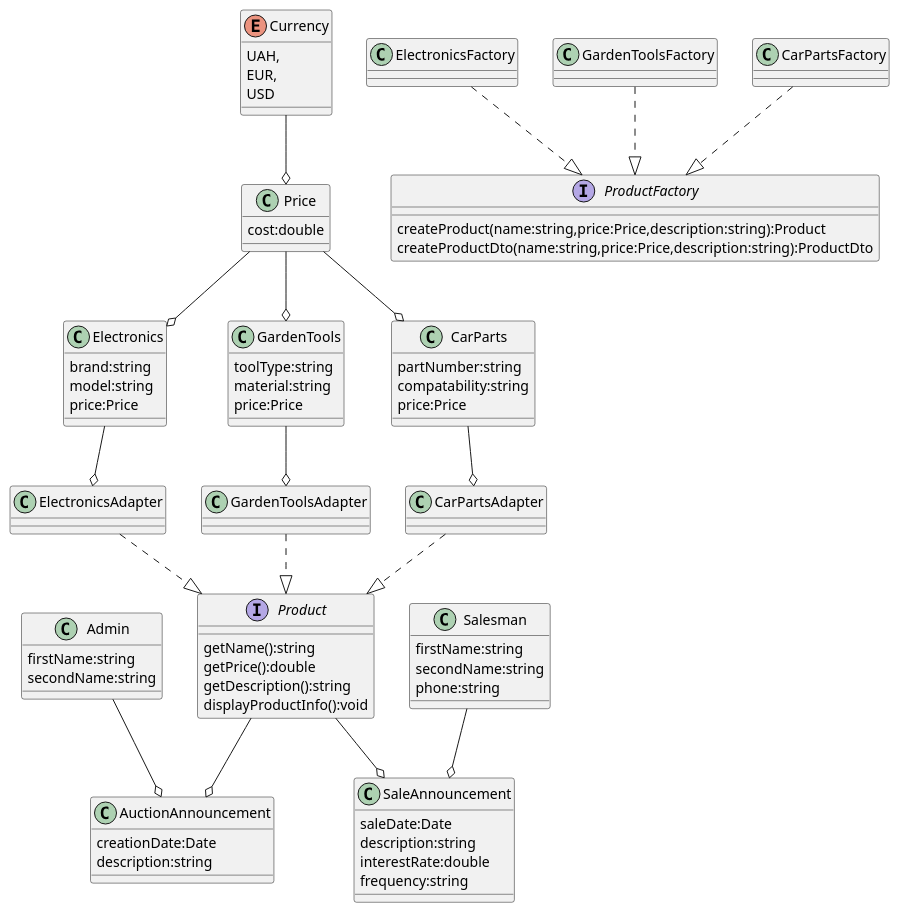
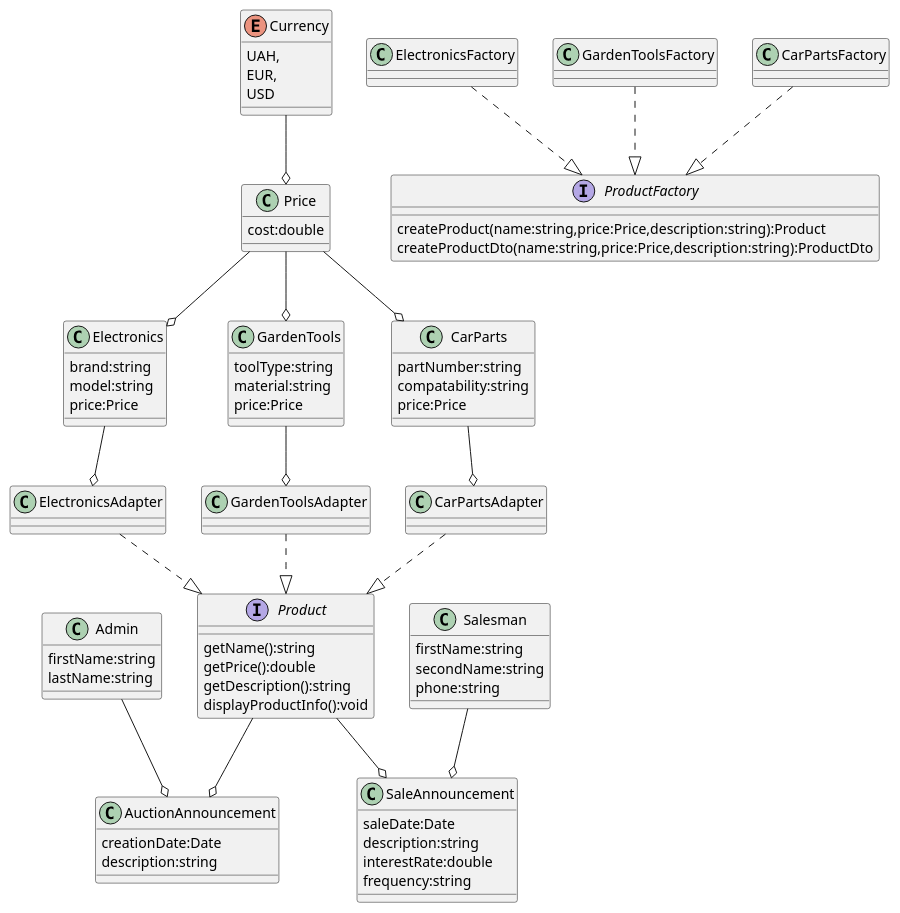
The diagram in Bom.puml (MrTorfis0017/Gleb), drawn with PlantUML before and after one commit. The commit also changed 10 other files, not shown here.

```diff
--- a/Bom.puml
+++ b/Bom.puml
@@ -1,102 +1,102 @@
 @startuml
 'https://plantuml.com/class-diagram
 
 class Admin {
 firstName:string
-secondName:string
+lastName:string
 }
 
 enum Currency{
 UAH,
 EUR,
 USD
 }
 
 class Price{
 cost:double
 }
 
 interface Product{
 getName():string
 getPrice():double
 getDescription():string
 displayProductInfo():void
 }
 
 interface ProductFactory{
 createProduct(name:string,price:Price,description:string):Product
 createProductDto(name:string,price:Price,description:string):ProductDto
 }
 
 class Electronics{
 brand:string
 model:string
 price:Price
 }
 
 class GardenTools{
 toolType:string
 material:string
 price:Price
 }
 
 class CarParts{
 partNumber:string
 compatability:string
 price:Price
 }
 
 class ElectronicsFactory{
 }
 
 class GardenToolsFactory{
 }
 
 class CarPartsFactory{
 }
 
 class ElectronicsAdapter{
 }
 
 class GardenToolsAdapter{
 }
 
 class CarPartsAdapter{
 }
 
 class AuctionAnnouncement{
 creationDate:Date
 description:string
 }
 
 class Salesman{
 firstName:string
 secondName:string
 phone:string
 }
 
 class SaleAnnouncement{
 saleDate:Date
 description:string
 interestRate:double
 frequency:string
 }
 
 Admin --o AuctionAnnouncement
 Product --o AuctionAnnouncement
 Currency --o Price
 Price --o Electronics
 Price --o GardenTools
 Price --o CarParts
 Salesman --o SaleAnnouncement
 Product --o SaleAnnouncement
 Electronics --o ElectronicsAdapter
 ElectronicsAdapter ..|> Product
 GardenTools --o GardenToolsAdapter
 GardenToolsAdapter ..|> Product
 CarParts --o CarPartsAdapter
 CarPartsAdapter ..|> Product
 ElectronicsFactory ..|> ProductFactory
 GardenToolsFactory ..|> ProductFactory
 CarPartsFactory ..|> ProductFactory
 @enduml
```
